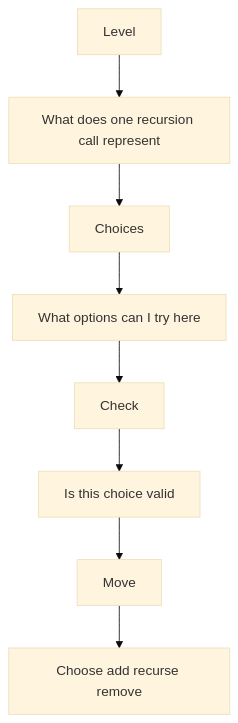
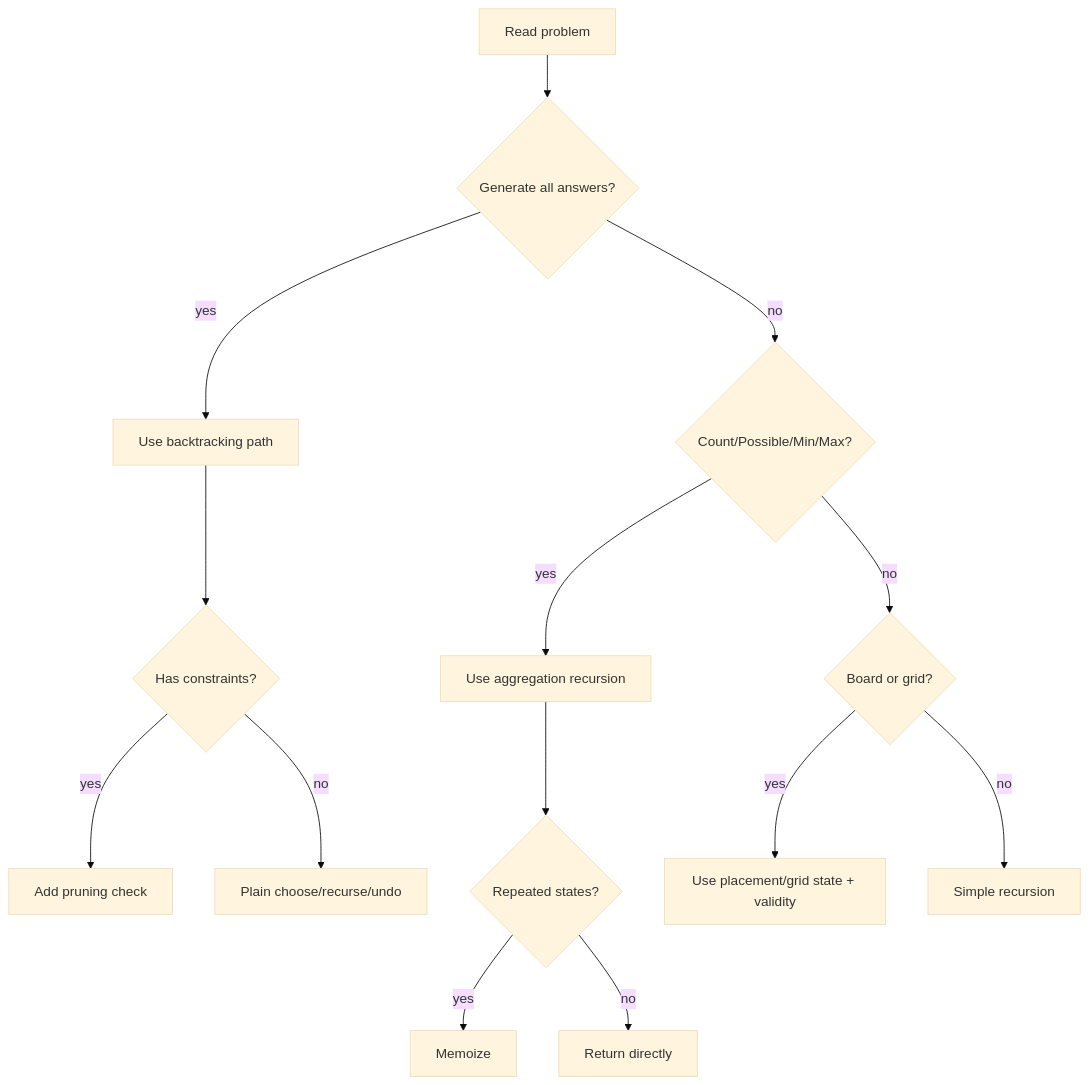
One commit to mthaiseer/springcloud-systemdesign-notes changed the second of 2 diagrams in CP_DSA_NOTES/001_TOPIC_WISE/006_RECURSION_BACKTRACKING/006_RECURSION_BACKTRACKING.md. Above: the diagram before and after it, drawn with Mermaid (base theme). The commit also changed other lines of this file and 2 other files, not shown here.

````diff
--- a/CP_DSA_NOTES/001_TOPIC_WISE/006_RECURSION_BACKTRACKING/006_RECURSION_BACKTRACKING.md
+++ b/CP_DSA_NOTES/001_TOPIC_WISE/006_RECURSION_BACKTRACKING/006_RECURSION_BACKTRACKING.md
@@ -46,10 +2632,18 @@
 ```mermaid
 flowchart TD
-    A[Level] --> B[What does one recursion call represent]
-    B --> C[Choices]
-    C --> D[What options can I try here]
-    D --> E[Check]
-    E --> F[Is this choice valid]
-    F --> G[Move]
-    G --> H[Choose add recurse remove]
+    A[Read problem] --> B{Generate all answers?}
+    B -->|yes| C[Use backtracking path]
+    B -->|no| D{Count/Possible/Min/Max?}
+    D -->|yes| E[Use aggregation recursion]
+    D -->|no| F{Board or grid?}
+    F -->|yes| G[Use placement/grid state + validity]
+    F -->|no| H[Simple recursion]
+
+    C --> I{Has constraints?}
+    I -->|yes| J[Add pruning check]
+    I -->|no| K[Plain choose/recurse/undo]
+
+    E --> L{Repeated states?}
+    L -->|yes| M[Memoize]
+    L -->|no| N[Return directly]
 ```
````
